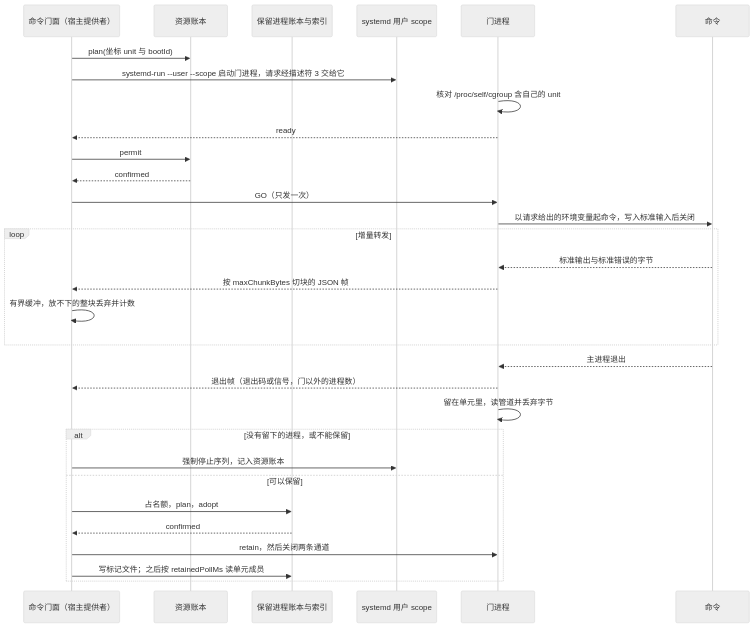
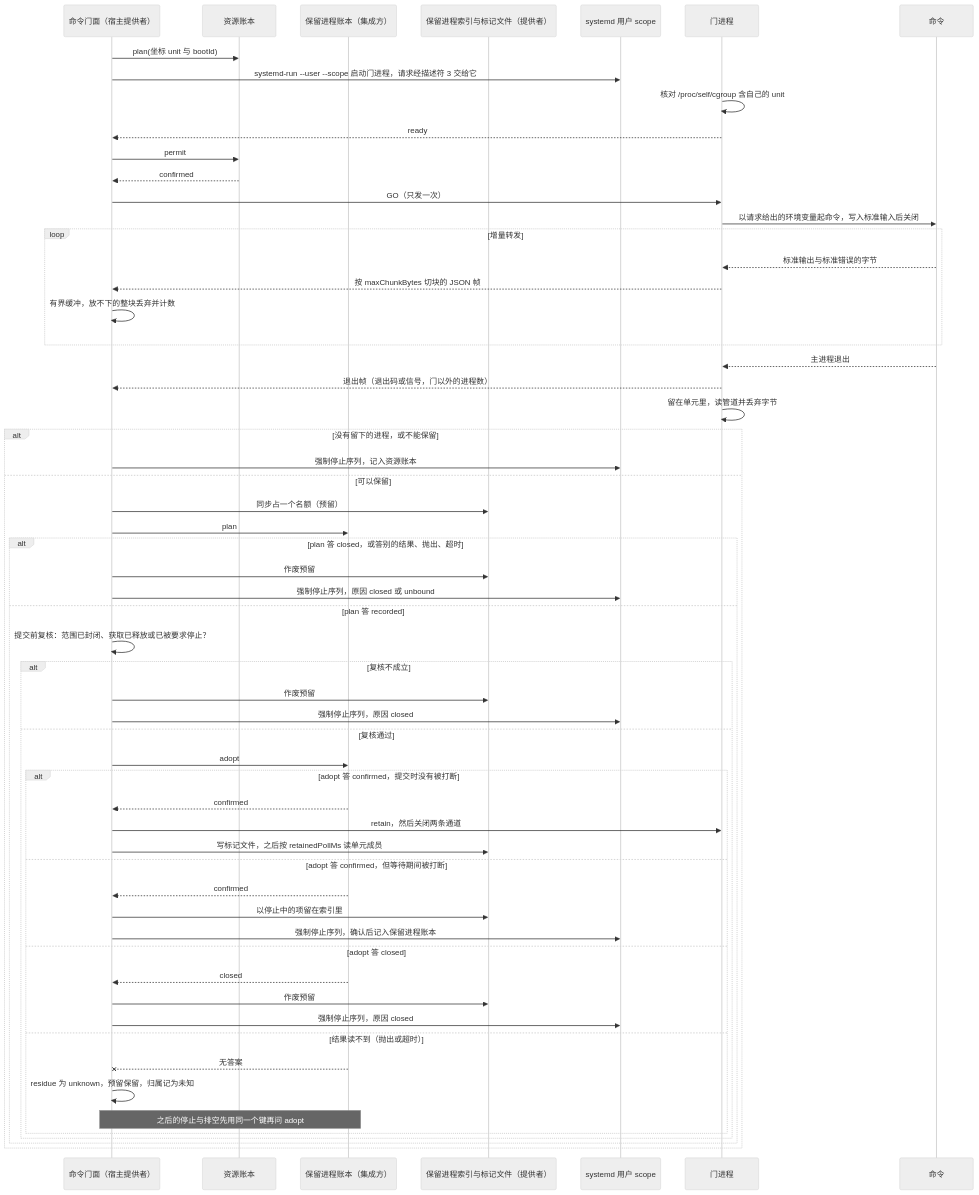
One commit to nemori-ai/omne-harness-lite changed the fourth of 5 diagrams in packages/execution/execution-environment-host-local/docs/flows.md. Above: the diagram before and after it, drawn with Mermaid (neutral theme). The commit also changed other lines of this file and 12 other files, not shown here.

````diff
--- a/packages/execution/execution-environment-host-local/docs/flows.md
+++ b/packages/execution/execution-environment-host-local/docs/flows.md
@@ -122,33 +122,61 @@
 ```mermaid
 sequenceDiagram
   participant M as 命令门面（宿主提供者）
   participant R as 资源账本
-  participant K as 保留进程账本与索引
+  participant L as 保留进程账本（集成方）
+  participant I as 保留进程索引与标记文件（提供者）
   participant S as systemd 用户 scope
   participant G as 门进程
   participant T as 命令
   M->>R: plan(坐标 unit 与 bootId)
   M->>S: systemd-run --user --scope 启动门进程，请求经描述符 3 交给它
   G->>G: 核对 /proc/self/cgroup 含自己的 unit
   G-->>M: ready
   M->>R: permit
   R-->>M: confirmed
   M->>G: GO（只发一次）
   G->>T: 以请求给出的环境变量起命令，写入标准输入后关闭
   loop 增量转发
     T-->>G: 标准输出与标准错误的字节
     G-->>M: 按 maxChunkBytes 切块的 JSON 帧
     M->>M: 有界缓冲，放不下的整块丢弃并计数
   end
   T-->>G: 主进程退出
   G-->>M: 退出帧（退出码或信号，门以外的进程数）
   G->>G: 留在单元里，读管道并丢弃字节
   alt 没有留下的进程，或不能保留
     M->>S: 强制停止序列，记入资源账本
   else 可以保留
-    M->>K: 占名额，plan，adopt
-    K-->>M: confirmed
-    M->>G: retain，然后关闭两条通道
-    M->>K: 写标记文件；之后按 retainedPollMs 读单元成员
+    M->>I: 同步占一个名额（预留）
+    M->>L: plan
+    alt plan 答 closed，或答别的结果、抛出、超时
+      M->>I: 作废预留
+      M->>S: 强制停止序列，原因 closed 或 unbound
+    else plan 答 recorded
+      M->>M: 提交前复核：范围已封闭、获取已释放或已被要求停止？
+      alt 复核不成立
+        M->>I: 作废预留
+        M->>S: 强制停止序列，原因 closed
+      else 复核通过
+        M->>L: adopt
+        alt adopt 答 confirmed，提交时没有被打断
+          L-->>M: confirmed
+          M->>G: retain，然后关闭两条通道
+          M->>I: 写标记文件，之后按 retainedPollMs 读单元成员
+        else adopt 答 confirmed，但等待期间被打断
+          L-->>M: confirmed
+          M->>I: 以停止中的项留在索引里
+          M->>S: 强制停止序列，确认后记入保留进程账本
+        else adopt 答 closed
+          L-->>M: closed
+          M->>I: 作废预留
+          M->>S: 强制停止序列，原因 closed
+        else 结果读不到（抛出或超时）
+          L--xM: 无答案
+          M->>M: residue 为 unknown，预留保留，归属记为未知
+          Note over M,L: 之后的停止与排空先用同一个键再问 adopt
+        end
+      end
+    end
   end
 ```
````
